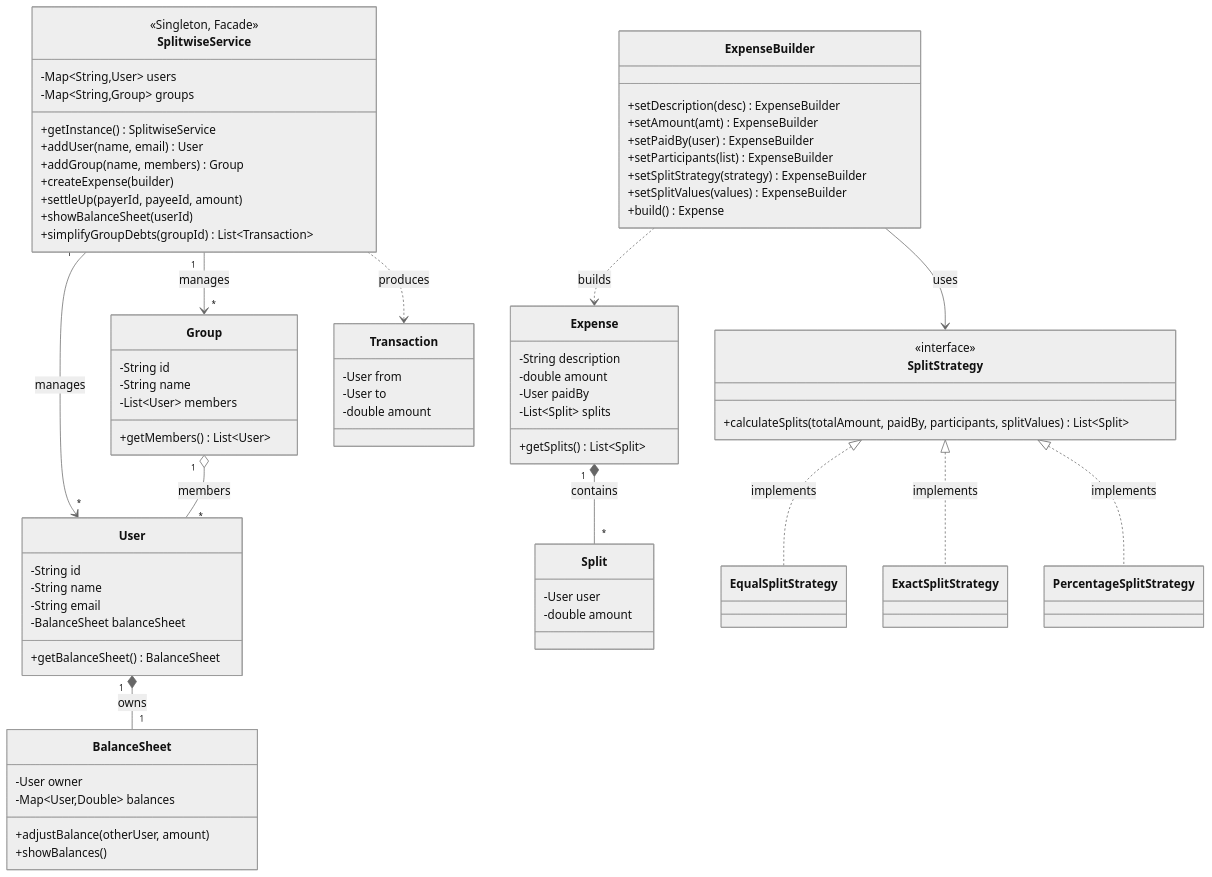
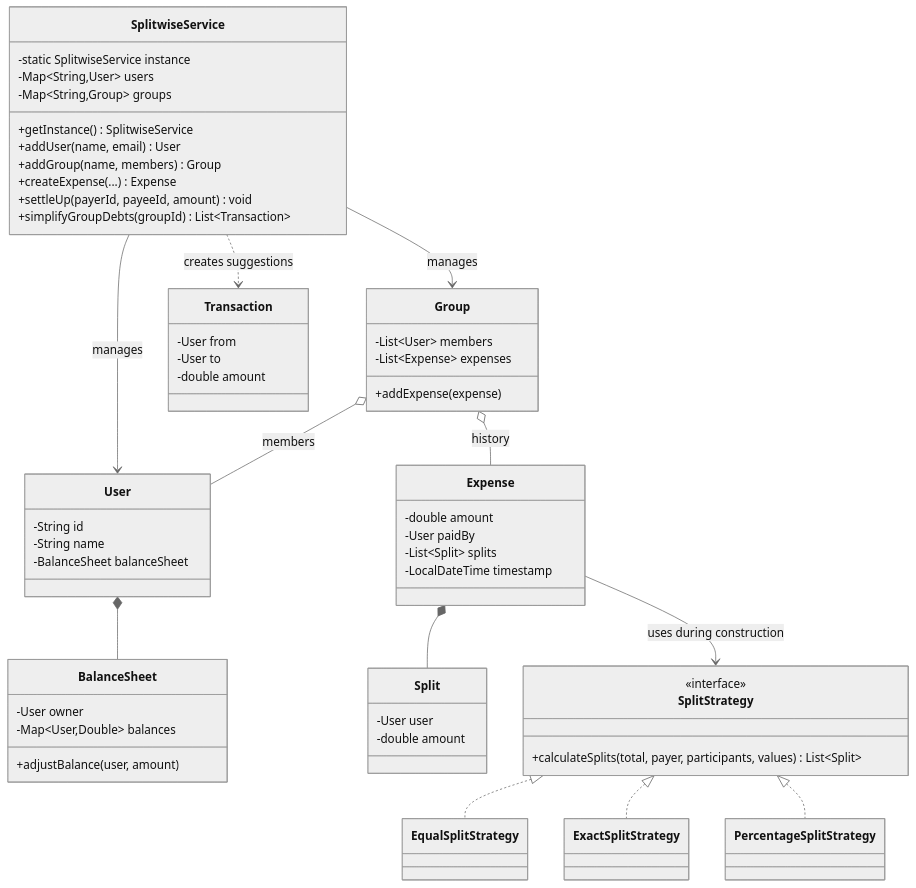
Before and after one commit to bhargavtenali/awesome-low-level-design: the first of 5 diagrams in solutions/java/src/splitwise/SplitwiseLLD.md, drawn with Mermaid (neutral theme). The commit also changed other lines of this file and 12 other files, not shown here.

````diff
--- a/solutions/java/src/splitwise/SplitwiseLLD.md
+++ b/solutions/java/src/splitwise/SplitwiseLLD.md
@@ -64,87 +68,63 @@
 ```mermaid
 classDiagram
     class SplitwiseService {
-        <<Singleton, Facade>>
+        -static SplitwiseService instance
         -Map~String,User~ users
         -Map~String,Group~ groups
         +getInstance() SplitwiseService
         +addUser(name, email) User
         +addGroup(name, members) Group
-        +createExpense(builder)
-        +settleUp(payerId, payeeId, amount)
-        +showBalanceSheet(userId)
+        +createExpense(...) Expense
+        +settleUp(payerId, payeeId, amount) void
         +simplifyGroupDebts(groupId) List~Transaction~
     }
-
     class User {
         -String id
         -String name
-        -String email
         -BalanceSheet balanceSheet
-        +getBalanceSheet() BalanceSheet
     }
-
-    class Group {
-        -String id
-        -String name
-        -List~User~ members
-        +getMembers() List~User~
-    }
-
     class BalanceSheet {
         -User owner
         -Map~User,Double~ balances
-        +adjustBalance(otherUser, amount)
-        +showBalances()
+        +adjustBalance(user, amount)
     }
-
+    class Group {
+        -List~User~ members
+        -List~Expense~ expenses
+        +addExpense(expense)
+    }
     class Expense {
-        -String description
         -double amount
         -User paidBy
         -List~Split~ splits
-        +getSplits() List~Split~
+        -LocalDateTime timestamp
     }
-
-    class ExpenseBuilder {
-        +setDescription(desc) ExpenseBuilder
-        +setAmount(amt) ExpenseBuilder
-        +setPaidBy(user) ExpenseBuilder
-        +setParticipants(list) ExpenseBuilder
-        +setSplitStrategy(strategy) ExpenseBuilder
-        +setSplitValues(values) ExpenseBuilder
-        +build() Expense
-    }
-
-    class SplitStrategy {
-        <<interface>>
-        +calculateSplits(totalAmount, paidBy, participants, splitValues) List~Split~
-    }
-
-    class EqualSplitStrategy
-    class ExactSplitStrategy
-    class PercentageSplitStrategy
-
     class Split {
         -User user
         -double amount
     }
-
     class Transaction {
         -User from
         -User to
         -double amount
     }
+    class SplitStrategy {
+        <<interface>>
+        +calculateSplits(total, payer, participants, values) List~Split~
+    }
+    class EqualSplitStrategy
+    class ExactSplitStrategy
+    class PercentageSplitStrategy
 
-    SplitwiseService "1" --> "*" User : manages
-    SplitwiseService "1" --> "*" Group : manages
-    SplitwiseService ..> Transaction : produces
-    Group "1" o-- "*" User : members
-    User "1" *-- "1" BalanceSheet : owns
-    ExpenseBuilder ..> Expense : builds
-    ExpenseBuilder --> SplitStrategy : uses
-    Expense "1" *-- "*" Split : contains
-    SplitStrategy <|.. EqualSplitStrategy : implements
-    SplitStrategy <|.. ExactSplitStrategy : implements
-    SplitStrategy <|.. PercentageSplitStrategy : implements
+    SplitwiseService --> User : manages
+    SplitwiseService --> Group : manages
+    User *-- BalanceSheet
+    Group o-- User : members
+    Group o-- Expense : history
+    Expense *-- Split
+    Expense --> SplitStrategy : uses during construction
+    SplitStrategy <|.. EqualSplitStrategy
+    SplitStrategy <|.. ExactSplitStrategy
+    SplitStrategy <|.. PercentageSplitStrategy
+    SplitwiseService ..> Transaction : creates suggestions
 ```
````
